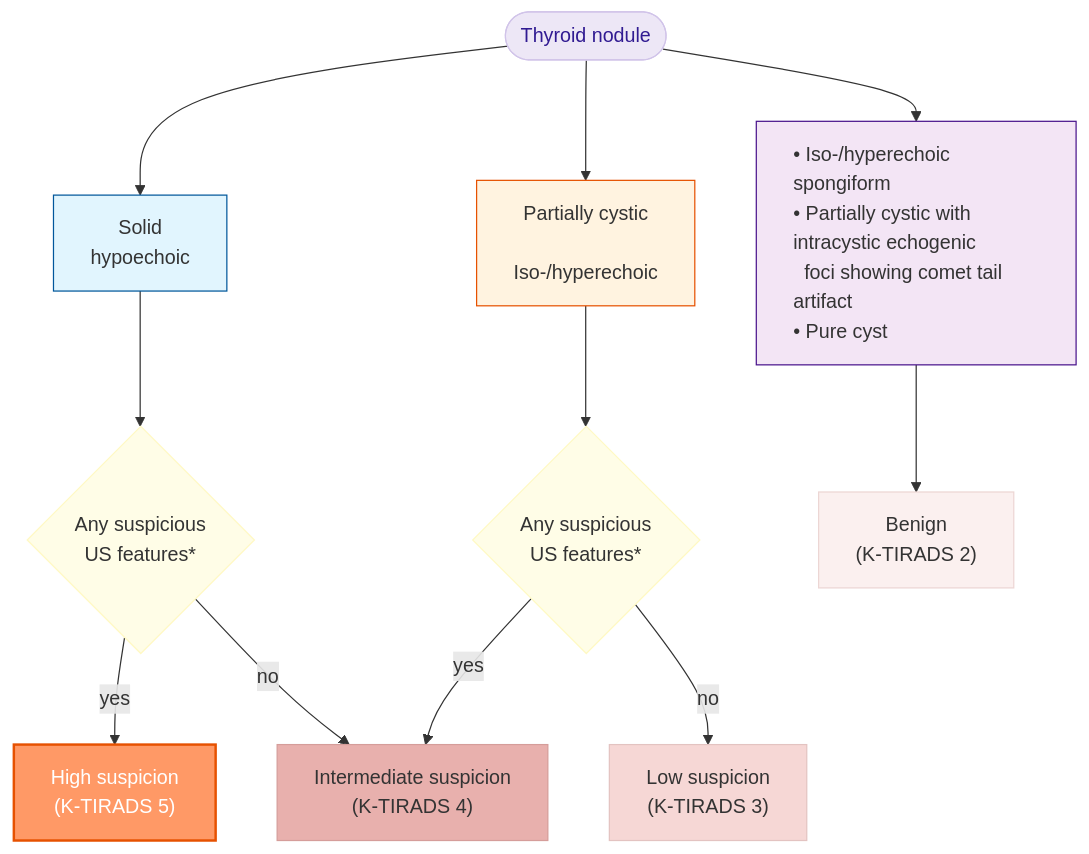
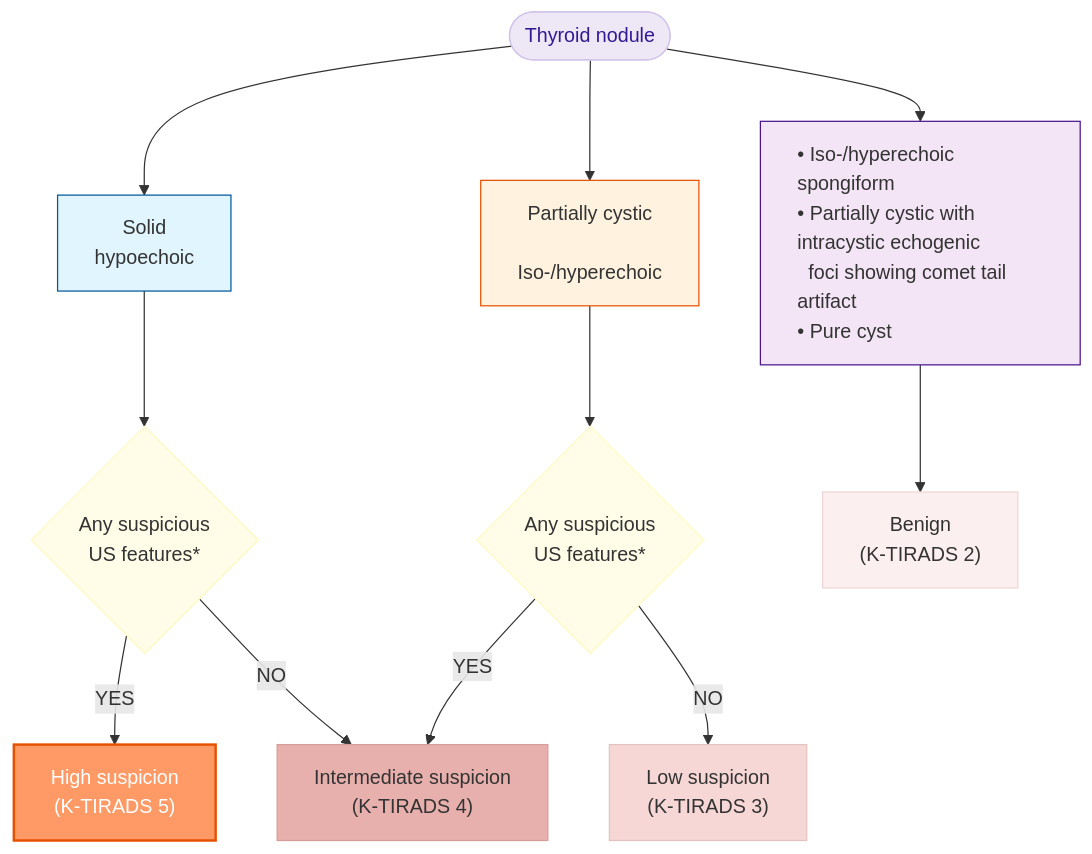
One commit to familyoh77/familyoh77 changed the diagram in 226_/107_-thyroid-nodule.md. Above: the diagram before and after it, drawn with Mermaid. The commit also changed other lines of this file, not shown here.

````diff
--- a/226_/107_-thyroid-nodule.md
+++ b/226_/107_-thyroid-nodule.md
@@ -152,41 +139,41 @@
 ```mermaid
 flowchart TD
     Root([Thyroid nodule])
     
     P1["Solid<br>hypoechoic"]
     P2["Partially cystic<br><br>Iso-/hyperechoic"]
     P3["• Iso-/hyperechoic spongiform<br>• Partially cystic with intracystic echogenic<br>  foci showing comet tail artifact<br>• Pure cyst"]
     
     D1{"Any suspicious<br>US features*"}
     D2{"Any suspicious<br>US features*"}
     
     R5["High suspicion<br>(K-TIRADS 5)"]
     R4["Intermediate suspicion<br>(K-TIRADS 4)"]
     R3["Low suspicion<br>(K-TIRADS 3)"]
     R2["Benign<br>(K-TIRADS 2)"]
 
     Root --> P1
     Root --> P2
     Root --> P3
     
     P1 --> D1
     P2 --> D2
     
-    D1 -- yes --> R5
-    D1 -- no --> R4
-    D2 -- yes --> R4
-    D2 -- no --> R3
+    D1 -- YES --> R5
+    D1 -- NO --> R4
+    D2 -- YES --> R4
+    D2 -- NO --> R3
     
     P3 --> R2
 
     style Root fill:#EDE7F6,stroke:#D1C4E9,stroke-width:1px,color:#311B92
     style P1 fill:#e1f5fe,stroke:#01579b,stroke-width:1px
     style P2 fill:#fff3e0,stroke:#e65100,stroke-width:1px
     style P3 fill:#f3e5f5,stroke:#4a148c,stroke-width:1px,text-align:left
     style D1 fill:#FFFDE7,stroke:#FFF9C4,stroke-width:1px
     style D2 fill:#FFFDE7,stroke:#FFF9C4,stroke-width:1px
     style R5 fill:#f96,stroke:#e65100,stroke-width:2px,color:#FFF
     style R4 fill:#E8B0AD,stroke:#D59D9A,stroke-width:1px
     style R3 fill:#F6D7D5,stroke:#E3C3C1,stroke-width:1px
     style R2 fill:#FBF0EF,stroke:#ECD6D4,stroke-width:1px
 ```
````
